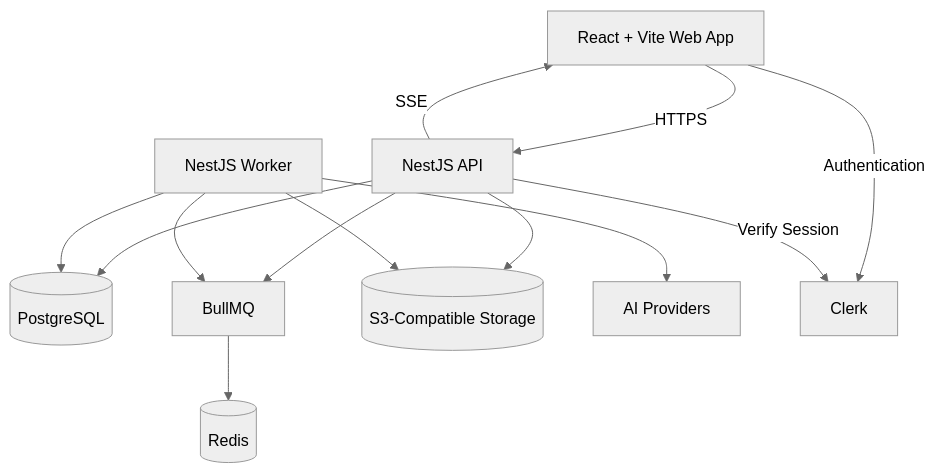
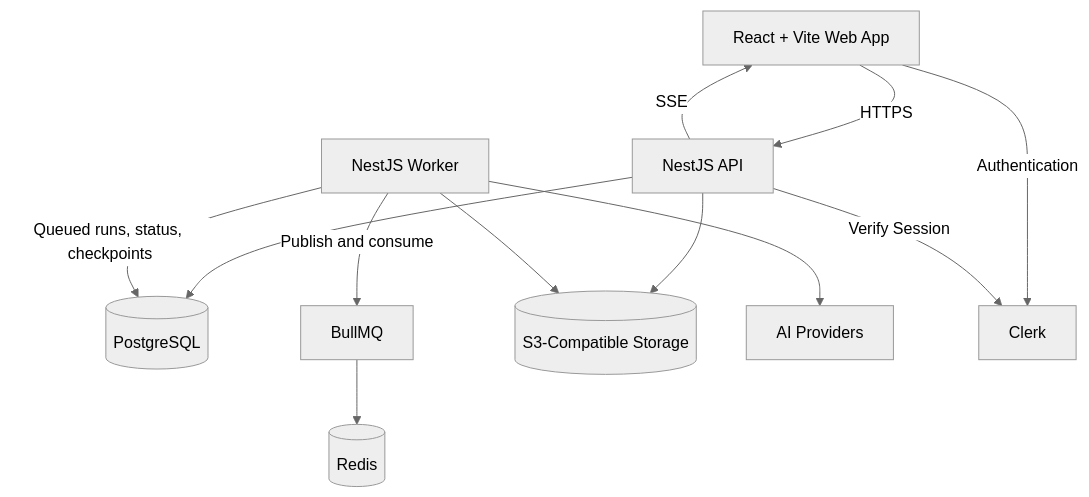
Before and after one commit to manikandareas/ngertiin-v2: the first of 6 diagrams in docs/05-system-architecture.md, drawn with Mermaid (neutral theme). The commit also changed other lines of this file and 45 other files, not shown here.

````diff
--- a/docs/05-system-architecture.md
+++ b/docs/05-system-architecture.md
@@ -112,28 +114,27 @@
 ```mermaid
 flowchart TD
     WEB[React + Vite Web App]
     API[NestJS API]
     WORKER[NestJS Worker]
     PG[(PostgreSQL)]
     REDIS[(Redis)]
     QUEUE[BullMQ]
     STORAGE[(S3-Compatible Storage)]
     AI[AI Providers]
     CLERK[Clerk]
 
     WEB -->|HTTPS| API
     WEB -->|Authentication| CLERK
 
     API -->|Verify Session| CLERK
     API --> PG
     API --> STORAGE
-    API --> QUEUE
 
     QUEUE --> REDIS
-    WORKER --> QUEUE
-    WORKER --> PG
+    WORKER -->|Publish and consume| QUEUE
+    WORKER -->|Queued runs, status, checkpoints| PG
     WORKER --> STORAGE
     WORKER --> AI
 
     API -->|SSE| WEB
 ```
````
